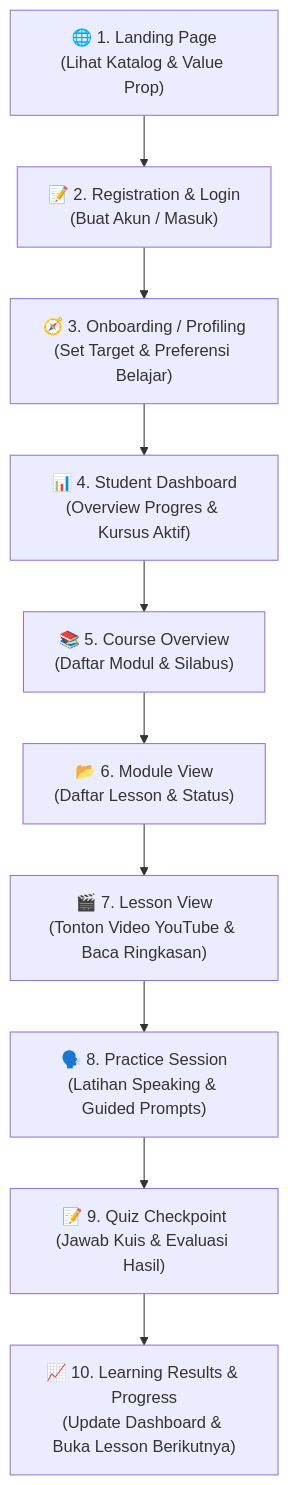
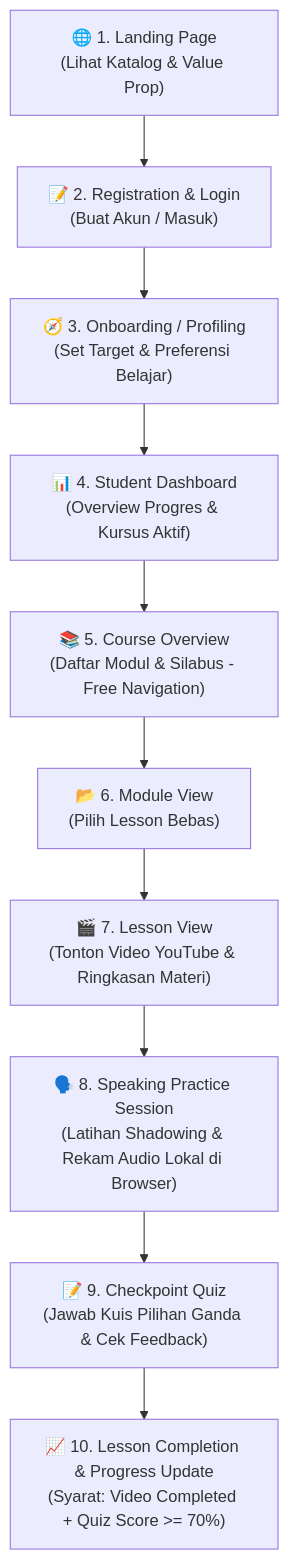
Before and after one commit to Rezajulianto123/dream-academy: the diagram in docs/PRD.md, drawn with Mermaid. The commit also changed other lines of this file, not shown here.

````diff
--- a/docs/PRD.md
+++ b/docs/PRD.md
@@ -53,12 +54,12 @@
 ```mermaid
 flowchart TD
     A["🌐 1. Landing Page\n(Lihat Katalog & Value Prop)"] --> B["📝 2. Registration & Login\n(Buat Akun / Masuk)"]
     B --> C["🧭 3. Onboarding / Profiling\n(Set Target & Preferensi Belajar)"]
     C --> D["📊 4. Student Dashboard\n(Overview Progres & Kursus Aktif)"]
-    D --> E["📚 5. Course Overview\n(Daftar Modul & Silabus)"]
-    E --> F["📂 6. Module View\n(Daftar Lesson & Status)"]
-    F --> G["🎬 7. Lesson View\n(Tonton Video YouTube & Baca Ringkasan)"]
-    G --> H["🗣️ 8. Practice Session\n(Latihan Speaking & Guided Prompts)"]
-    H --> I["📝 9. Quiz Checkpoint\n(Jawab Kuis & Evaluasi Hasil)"]
-    I --> J["📈 10. Learning Results & Progress\n(Update Dashboard & Buka Lesson Berikutnya)"]
+    D --> E["📚 5. Course Overview\n(Daftar Modul & Silabus - Free Navigation)"]
+    E --> F["📂 6. Module View\n(Pilih Lesson Bebas)"]
+    F --> G["🎬 7. Lesson View\n(Tonton Video YouTube & Ringkasan Materi)"]
+    G --> H["🗣️ 8. Speaking Practice Session\n(Latihan Shadowing & Rekam Audio Lokal di Browser)"]
+    H --> I["📝 9. Checkpoint Quiz\n(Jawab Kuis Pilihan Ganda & Cek Feedback)"]
+    I --> J["📈 10. Lesson Completion & Progress Update\n(Syarat: Video Completed + Quiz Score >= 70%)"]
 ```
````
